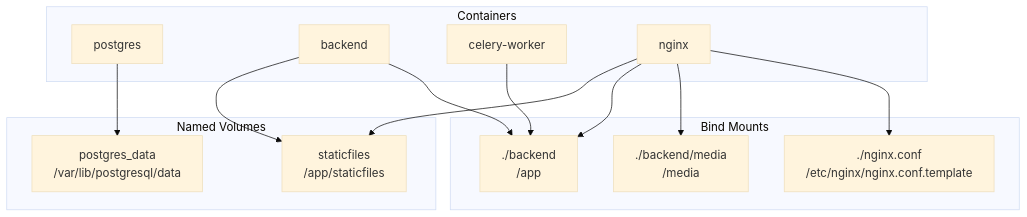
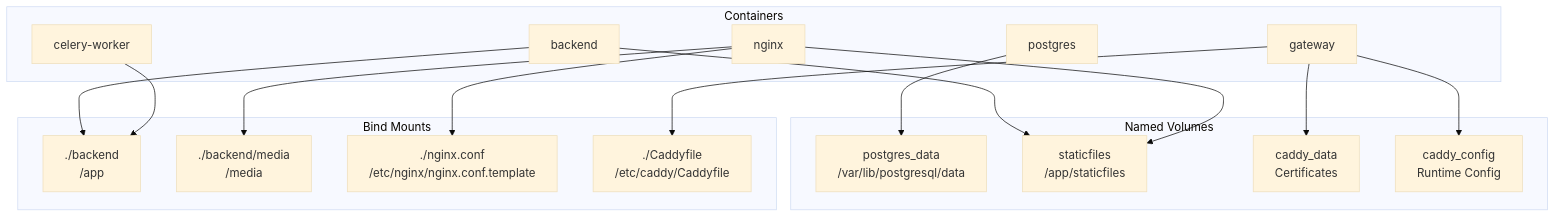
Before and after one commit to yukiharada1228/videoq: the fourth of 7 diagrams in docs/design/deployment-diagram.md, drawn with Mermaid (base theme). The commit also changed other lines of this file and 12 other files, not shown here.

Commit message:
docs: update system design, sequence diagrams, database schemas, and requirements docs

````diff
--- a/docs/design/deployment-diagram.md
+++ b/docs/design/deployment-diagram.md
@@ -148,29 +157,35 @@
 ```mermaid
 graph TB
     subgraph NamedVolumes["Named Volumes"]
         V1[postgres_data<br/>/var/lib/postgresql/data]
         V2[staticfiles<br/>/app/staticfiles]
+        V2b[caddy_data<br/>Certificates]
+        V2c[caddy_config<br/>Runtime Config]
     end
     
     subgraph BindMounts["Bind Mounts"]
         V3[./backend<br/>/app]
         V4[./backend/media<br/>/media]
         V5[./nginx.conf<br/>/etc/nginx/nginx.conf.template]
+        V6[./Caddyfile<br/>/etc/caddy/Caddyfile]
     end
     
     subgraph Containers["Containers"]
         C1[postgres]
         C2[backend]
         C3[celery-worker]
         C4[nginx]
+        C5[gateway]
     end
     
     C1 --> V1
     C2 --> V2
     C2 --> V3
     C3 --> V3
     C4 --> V2
-    C4 --> V3
     C4 --> V4
     C4 --> V5
+    C5 --> V2b
+    C5 --> V2c
+    C5 --> V6
 ```
````
